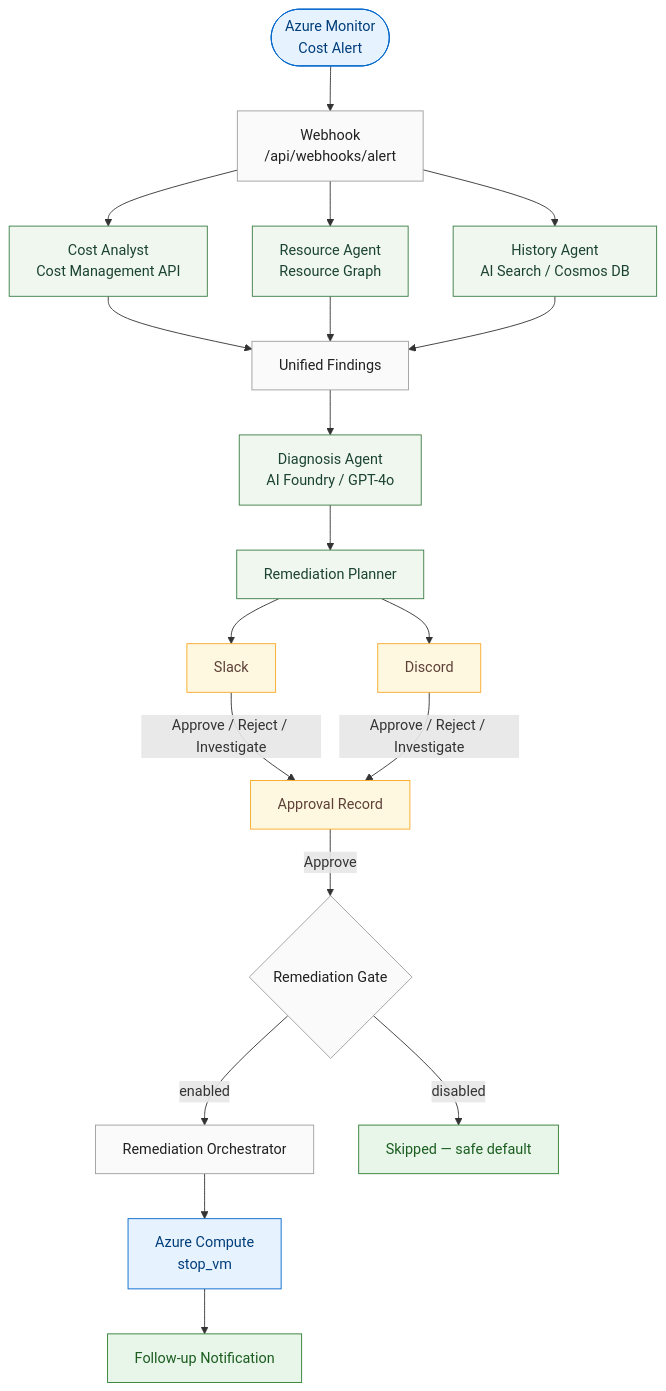
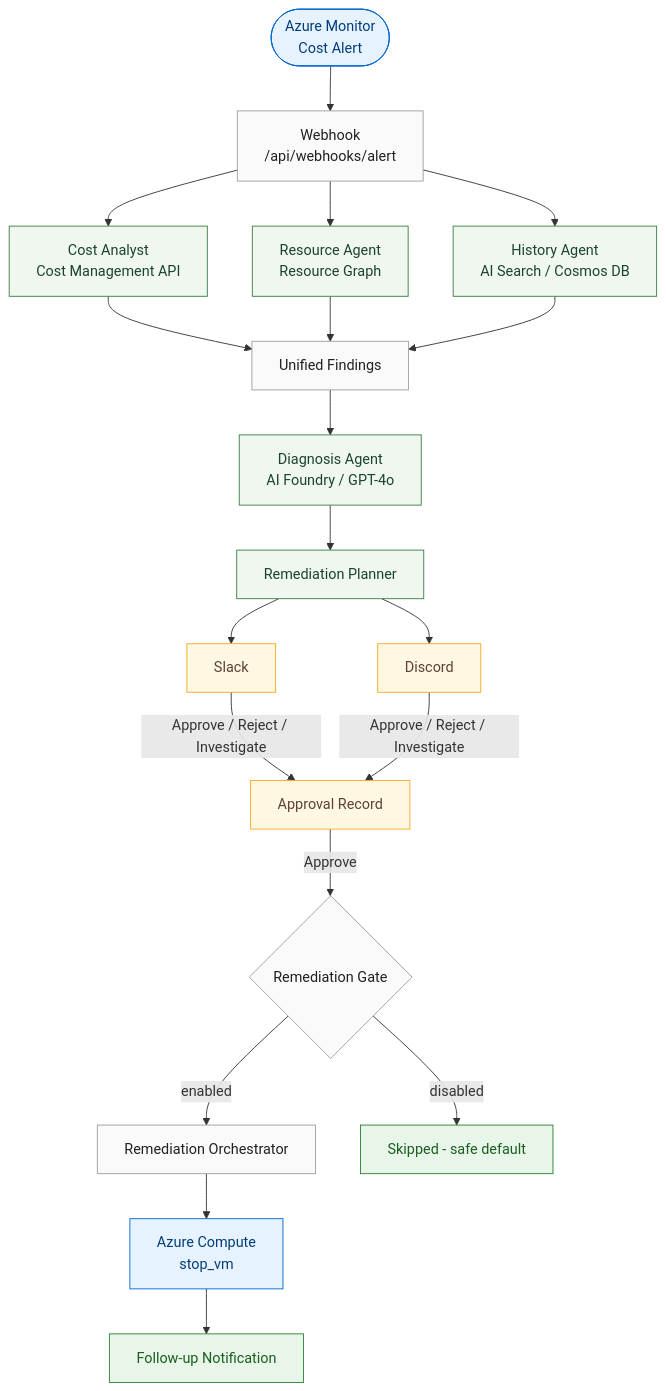
One commit to Microck/spikehound changed the diagram in README.md. Above: the diagram before and after it, drawn with Mermaid. The commit also changed other lines of this file, not shown here.

Commit message:
docs: remove em-dashes in README

````diff
--- a/README.md
+++ b/README.md
@@ -277,57 +277,57 @@
 ```mermaid
 flowchart TD
     AM([Azure Monitor<br/>Cost Alert])
     AW["Webhook<br/>/api/webhooks/alert"]
 
     AM --> AW
 
     CA["Cost Analyst<br/>Cost Management API"]
     RA["Resource Agent<br/>Resource Graph"]
     HA["History Agent<br/>AI Search / Cosmos DB"]
 
     AW --> CA & RA & HA
 
     CF["Unified Findings"]
 
     CA & RA & HA --> CF
 
     DA["Diagnosis Agent<br/>AI Foundry / GPT-4o"]
     CF --> DA
 
     RP["Remediation Planner"]
     DA --> RP
 
     SN["Slack"]
     DN["Discord"]
 
     RP --> SN & DN
 
     AREC["Approval Record"]
     SN & DN -->|"Approve / Reject / Investigate"| AREC
 
     GATE{"Remediation Gate"}
     AREC -->|"Approve"| GATE
 
     REO["Remediation Orchestrator"]
-    SAFE["Skipped — safe default"]
+    SAFE["Skipped - safe default"]
 
     GATE -->|"enabled"| REO
     GATE -->|"disabled"| SAFE
 
     AZ["Azure Compute<br/>stop_vm"]
     FU["Follow-up Notification"]
 
     REO --> AZ --> FU
 
     classDef azure   fill:#e6f3ff,stroke:#0066cc,color:#003d7a
     classDef agent   fill:#f0f7ee,stroke:#3a7d44,color:#1b4332
     classDef human   fill:#fff8e1,stroke:#f9a825,color:#5d4037
     classDef safe    fill:#e8f5e9,stroke:#2e7d32,color:#1b5e20
     classDef neutral fill:#fafafa,stroke:#9e9e9e,color:#212121
 
     class AM,AZ azure
     class CA,RA,HA,DA,RP agent
     class SN,DN,AREC human
     class SAFE,FU safe
     class CF,REO,GATE,AW neutral
 ```
````
